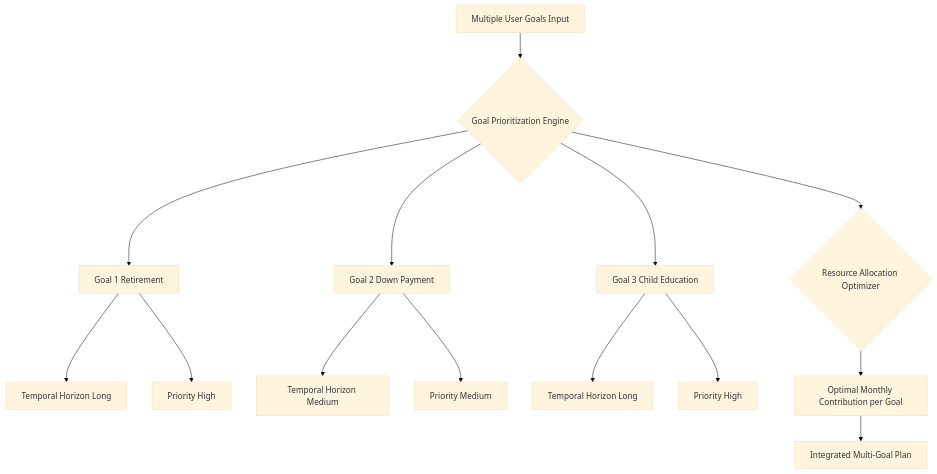
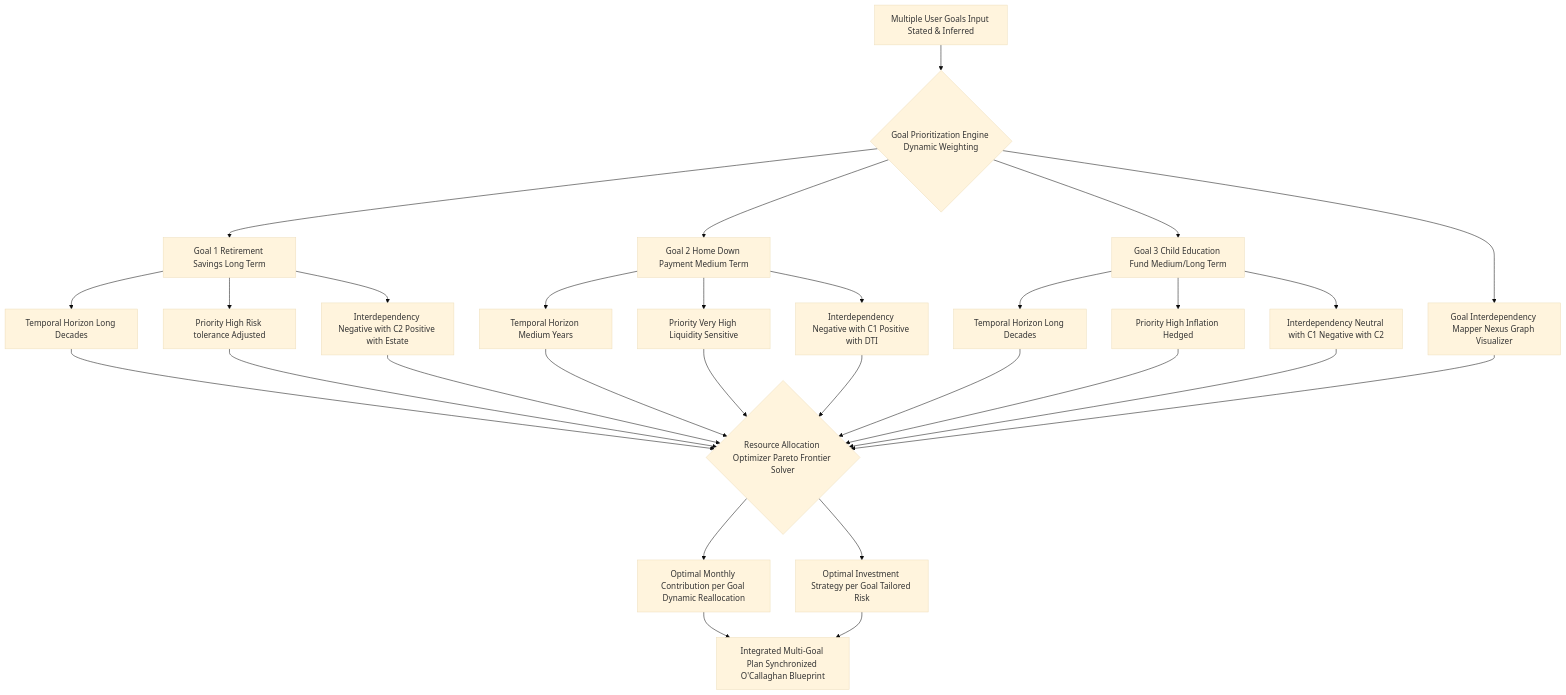
The ninth of 12 diagrams in inventions/004_ai_financial_plan_for_goals/generative_ai_prompt_template.md (diplomat-bit/Citibank_Demo_Business_Inc_Demonstration-), drawn with Mermaid (base theme) before and after one commit. The commit also changed other lines of this file, not shown here.

````diff
--- a/inventions/004_ai_financial_plan_for_goals/generative_ai_prompt_template.md
+++ b/inventions/004_ai_financial_plan_for_goals/generative_ai_prompt_template.md
@@ -525,16 +956,22 @@
 ```mermaid
 graph TD
-    A[Multiple User Goals Input] --> B{Goal Prioritization Engine}
-    B --> C1[Goal 1 Retirement]
-    B --> C2[Goal 2 Down Payment]
-    B --> C3[Goal 3 Child Education]
-    C1 --> D1[Temporal Horizon Long]
-    C1 --> D2[Priority High]
-    C2 --> D3[Temporal Horizon Medium]
-    C2 --> D4[Priority Medium]
-    C3 --> D5[Temporal Horizon Long]
-    C3 --> D6[Priority High]
-    B --> E{Resource Allocation Optimizer}
-    E --> F[Optimal Monthly Contribution per Goal]
-    F --> G[Integrated Multi-Goal Plan]
+    A[Multiple User Goals Input Stated & Inferred] --> B{Goal Prioritization Engine Dynamic Weighting}
+    B --> C1[Goal 1 Retirement Savings Long Term]
+    B --> C2[Goal 2 Home Down Payment Medium Term]
+    B --> C3[Goal 3 Child Education Fund Medium/Long Term]
+    C1 --> D1[Temporal Horizon Long Decades]
+    C1 --> D2[Priority High Risk tolerance Adjusted]
+    C1 --> D3[Interdependency Negative with C2 Positive with Estate]
+    C2 --> D4[Temporal Horizon Medium Years]
+    C2 --> D5[Priority Very High Liquidity Sensitive]
+    C2 --> D6[Interdependency Negative with C1 Positive with DTI]
+    C3 --> D7[Temporal Horizon Long Decades]
+    C3 --> D8[Priority High Inflation Hedged]
+    C3 --> D9[Interdependency Neutral with C1 Negative with C2]
+    D1 & D2 & D3 & D4 & D5 & D6 & D7 & D8 & D9 --> E{Resource Allocation Optimizer Pareto Frontier Solver}
+    E --> F[Optimal Monthly Contribution per Goal Dynamic Reallocation]
+    E --> G[Optimal Investment Strategy per Goal Tailored Risk]
+    F & G --> H[Integrated Multi-Goal Plan Synchronized O'Callaghan Blueprint]
+    B --> I[Goal Interdependency Mapper Nexus Graph Visualizer]
+    I --> E
 ```
````
